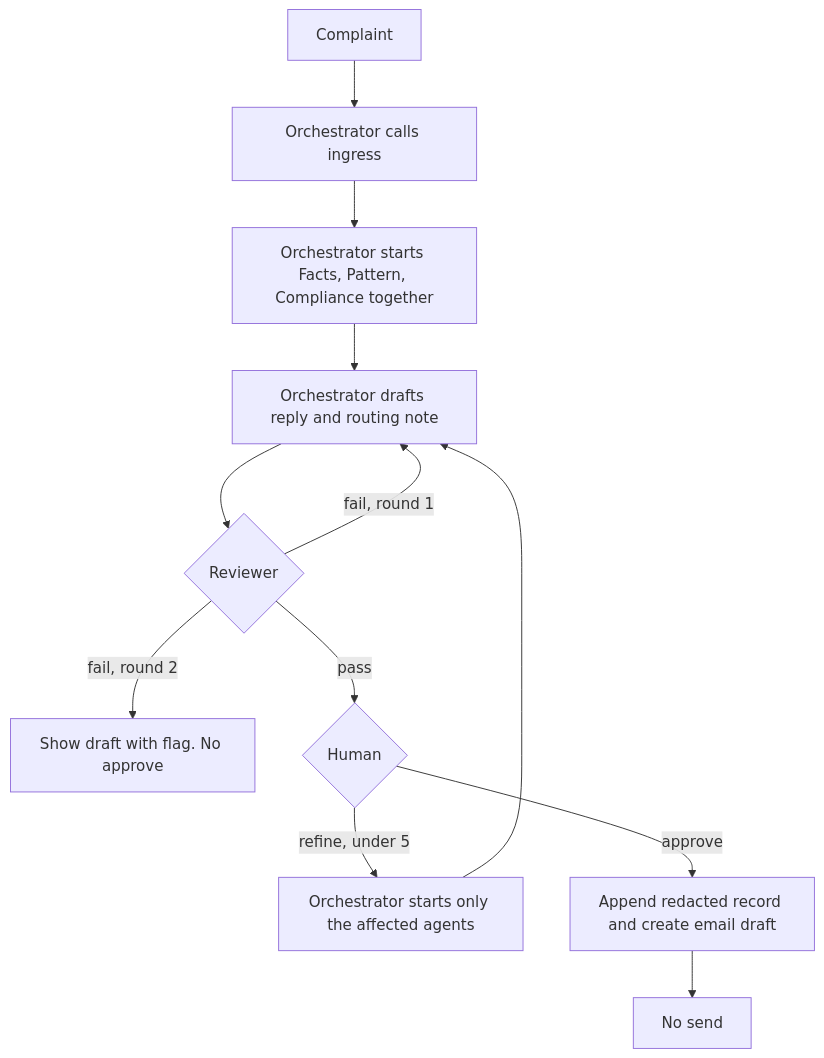
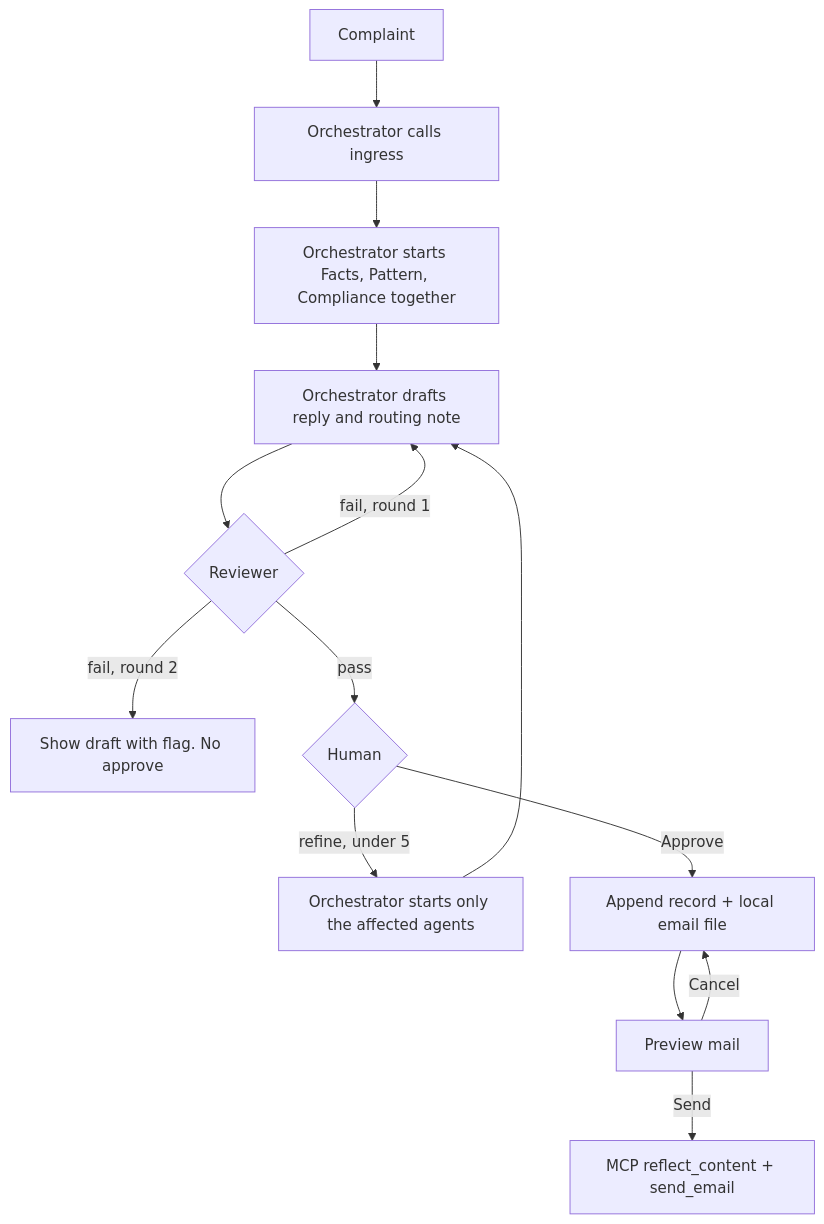
One commit to manisdevs-git/multi-agentic-system changed the fourth of 5 diagrams in docs/architecture.md. Above: the diagram before and after it, drawn with Mermaid. The commit also changed other lines of this file and 32 other files, not shown here.

First line of the commit message:
Ship the Streamlit support desk with approve, preview, and MCP send.

````diff
--- a/docs/architecture.md
+++ b/docs/architecture.md
@@ -435,14 +468,16 @@
 ```mermaid
 flowchart TD
   Start[Complaint] --> Orch[Orchestrator calls ingress]
   Orch --> Fan[Orchestrator starts Facts, Pattern, Compliance together]
   Fan --> Merge[Orchestrator drafts reply and routing note]
   Merge --> Rev{Reviewer}
   Rev -->|fail, round 1| Merge
   Rev -->|fail, round 2| Blocked[Show draft with flag. No approve]
   Rev -->|pass| Human{Human}
   Human -->|refine, under 5| Route[Orchestrator starts only the affected agents]
   Route --> Merge
-  Human -->|approve| MCP[Append redacted record and create email draft]
-  MCP --> Stop[No send]
+  Human -->|Approve| Gate[Append record + local email file]
+  Gate --> Preview[Preview mail]
+  Preview -->|Send| MCP[MCP reflect_content + send_email]
+  Preview -->|Cancel| Gate
 ```
````
